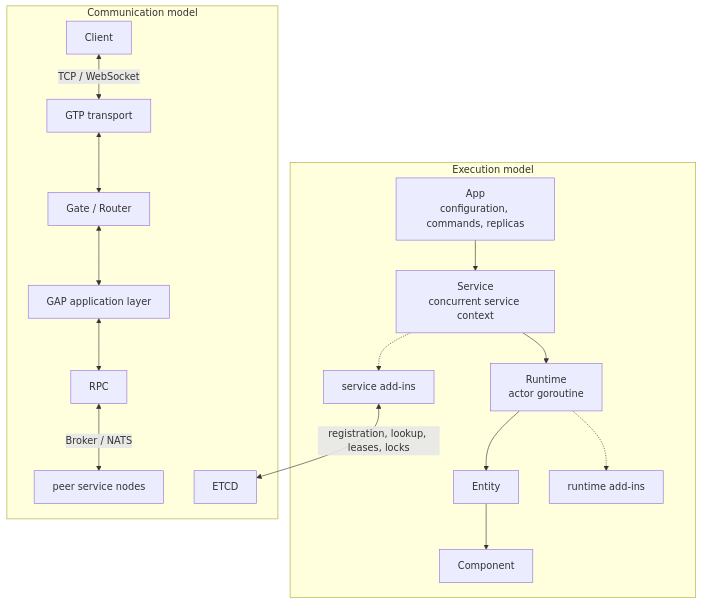
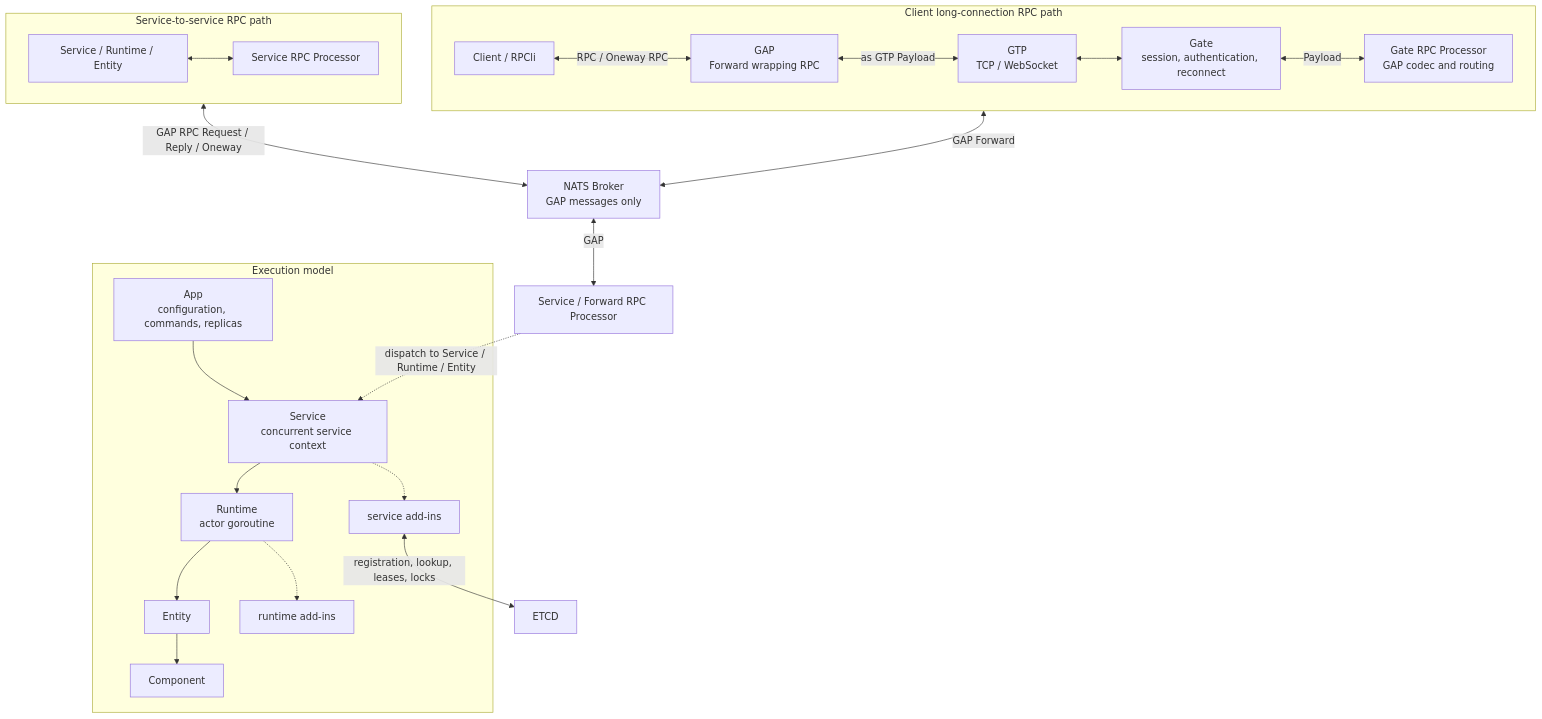
The first of 2 diagrams in README.md (pangdogs/framework), drawn with Mermaid before and after one commit. The commit also changed other lines of this file and 1 other file, not shown here.

Commit message:
整理代码

````diff
--- a/README.md
+++ b/README.md
@@ -51,20 +51,30 @@
 ```mermaid
 flowchart TB
     subgraph Execution[Execution model]
         App[App<br/>configuration, commands, replicas] --> Service[Service<br/>concurrent service context]
         Service --> Runtime[Runtime<br/>actor goroutine]
         Runtime --> Entity[Entity]
         Entity --> Component[Component]
         Service -.-> ServiceAddins[service add-ins]
         Runtime -.-> RuntimeAddins[runtime add-ins]
     end
 
-    subgraph Communication[Communication model]
-        Client[Client] <-->|TCP / WebSocket| GTP[GTP transport]
-        GTP <--> Gate[Gate / Router]
-        Gate <--> GAP[GAP application layer]
-        GAP <--> RPC[RPC]
-        RPC <-->|Broker / NATS| Peer[peer service nodes]
-        ServiceAddins <-->|registration, lookup, leases, locks| ETCD[ETCD]
+    subgraph ClientPath[Client long-connection RPC path]
+        direction LR
+        ClientRPC[Client / RPCli] <-->|RPC / Oneway RPC| ClientGAP[GAP<br/>Forward wrapping RPC]
+        ClientGAP <-->|as GTP Payload| GTPLink[GTP<br/>TCP / WebSocket]
+        GTPLink <--> GateNode[Gate<br/>session, authentication, reconnect]
+        GateNode <-->|Payload| GateProcessor[Gate RPC Processor<br/>GAP codec and routing]
     end
+
+    subgraph InternalPath[Service-to-service RPC path]
+        direction LR
+        ServiceCaller[Service / Runtime / Entity] <--> ServiceProcessor[Service RPC Processor]
+    end
+
+    GateProcessor <-->|GAP Forward| NatsBus[NATS Broker<br/>GAP messages only]
+    ServiceProcessor <-->|GAP RPC Request / Reply / Oneway| NatsBus
+    NatsBus <-->|GAP| TargetProcessor[Service / Forward RPC Processor]
+    TargetProcessor -.->|dispatch to Service / Runtime / Entity| Service
+    ServiceAddins <-->|registration, lookup, leases, locks| ETCD[ETCD]
 ```
````
